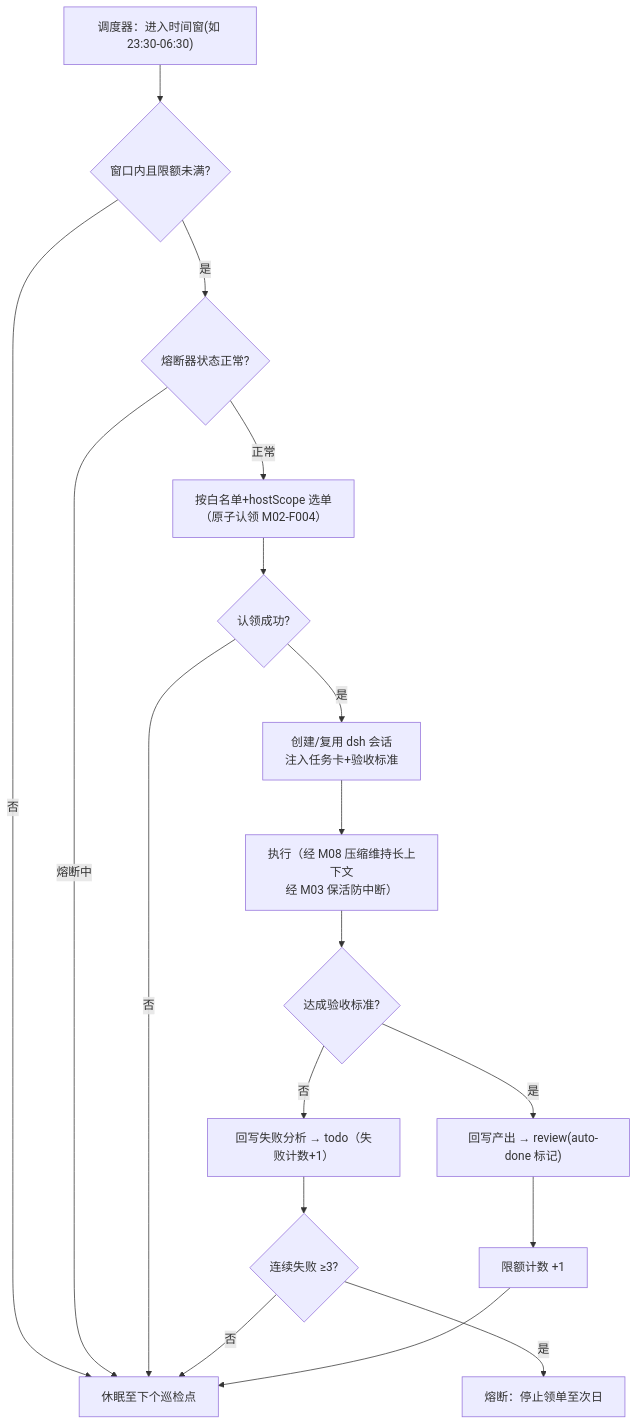
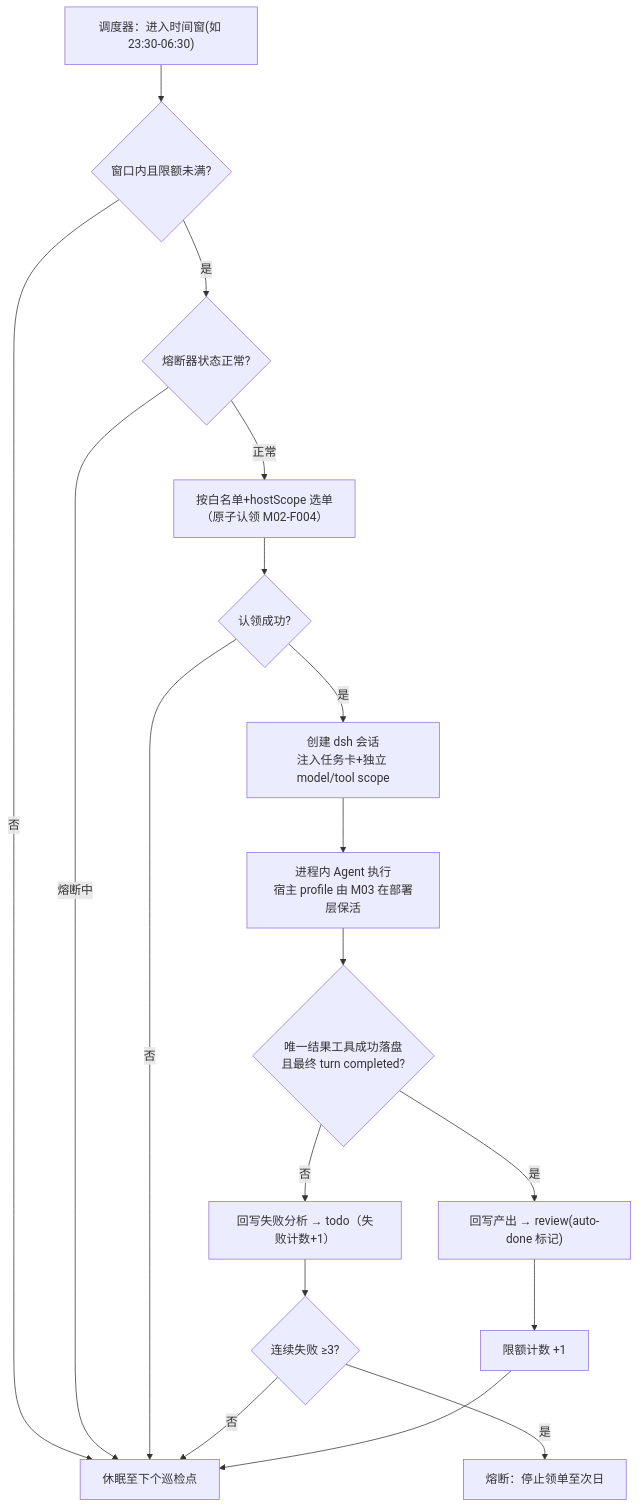
One commit to yin52133/dsh-luban changed the second of 2 diagrams in design/03-modules/M02-taskboard.md. Above: the diagram before and after it, drawn with Mermaid. The commit also changed other lines of this file and 9 other files, not shown here.

````diff
--- a/design/03-modules/M02-taskboard.md
+++ b/design/03-modules/M02-taskboard.md
@@ -56,19 +57,19 @@
 ```mermaid
 flowchart TD
     A["调度器：进入时间窗(如 23:30-06:30)"] --> B{"窗口内且限额未满?"}
     B -- 否 --> Z["休眠至下个巡检点"]
     B -- 是 --> C{"熔断器状态正常?"}
     C -- 熔断中 --> Z
     C -- 正常 --> D["按白名单+hostScope 选单<br/>（原子认领 M02-F004）"]
     D --> E{认领成功?}
     E -- 否 --> Z
-    E -- 是 --> F["创建/复用 dsh 会话<br/>注入任务卡+验收标准"]
-    F --> G["执行（经 M08 压缩维持长上下文<br/>经 M03 保活防中断）"]
-    G --> H{达成验收标准?}
+    E -- 是 --> F["创建 dsh 会话<br/>注入任务卡+独立 model/tool scope"]
+    F --> G["进程内 Agent 执行<br/>宿主 profile 由 M03 在部署层保活"]
+    G --> H{"唯一结果工具成功落盘<br/>且最终 turn completed?"}
     H -- 是 --> I["回写产出 → review(auto-done 标记)"]
     H -- 否 --> J["回写失败分析 → todo（失败计数+1）"]
     J --> K{"连续失败 ≥3?"}
     K -- 是 --> L["熔断：停止领单至次日"]
     K -- 否 --> Z
     I --> M["限额计数 +1"] --> Z
 ```
````
